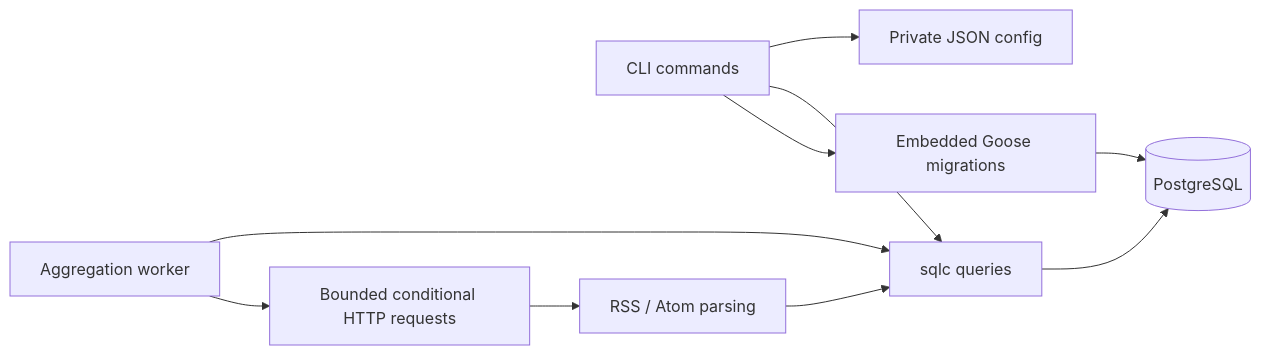
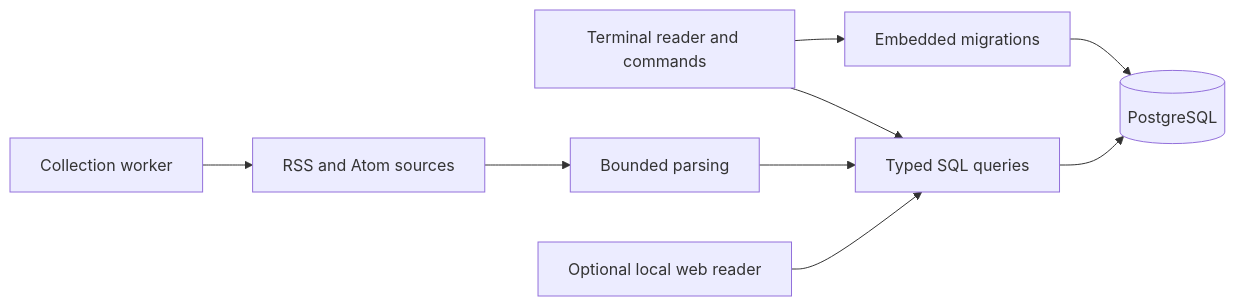
The diagram in README.md (yaqyn/readlane-feed-reader), drawn with Mermaid before and after one commit. The commit also changed other lines of this file and 8 other files, not shown here.

Commit message:
Document Readlane as a terminal-first product with an optional web companion

````diff
--- a/README.md
+++ b/README.md
@@ -116,12 +145,11 @@
 ```mermaid
 flowchart LR
-    CLI[CLI commands] --> Config[Private JSON config]
-    CLI --> Queries[sqlc queries]
-    Worker[Aggregation worker] --> Queries
-    Worker --> HTTP[Bounded conditional HTTP requests]
-    HTTP --> Parse[RSS / Atom parsing]
-    Parse --> Queries
+    Terminal[Terminal reader and commands] --> Queries[Typed SQL queries]
+    Collector[Collection worker] --> Feeds[RSS and Atom sources]
+    Feeds --> Parser[Bounded parsing]
+    Parser --> Queries
+    Browser[Optional local web reader] --> Queries
     Queries --> DB[(PostgreSQL)]
-    CLI --> Migrate[Embedded Goose migrations]
-    Migrate --> DB
+    Terminal --> Migrations[Embedded migrations]
+    Migrations --> DB
 ```
````
